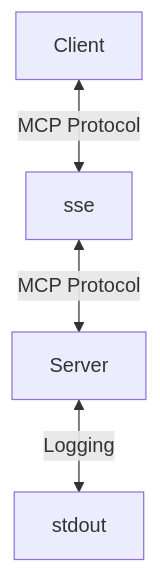
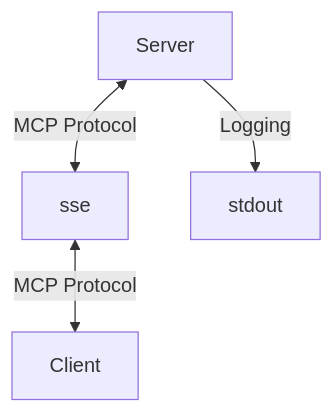
The third of 3 diagrams in examples/model-context-protocol/03.5-logging-with-stdio-transport/article.md (zxkevinxz/ai-hero), drawn with Mermaid before and after one commit. The commit also changed other lines of this file and 6 other files, not shown here.

````diff
--- a/examples/model-context-protocol/03.5-logging-with-stdio-transport/article.md
+++ b/examples/model-context-protocol/03.5-logging-with-stdio-transport/article.md
@@ -28,5 +28,5 @@
 ```mermaid
 flowchart
-  Client <-- MCP Protocol --> sse <-- MCP Protocol --> Server
-  Server <-- Logging --> stdout
+  Server <-- MCP Protocol --> sse <-- MCP Protocol --> Client
+  Server -- Logging --> stdout
 ```
````
